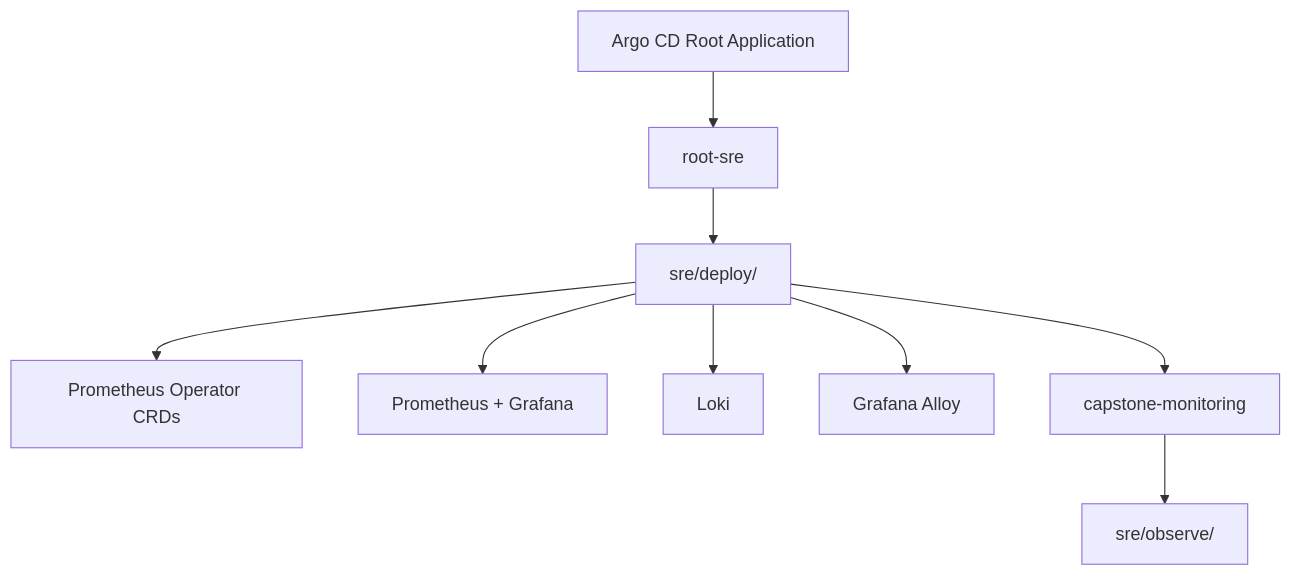
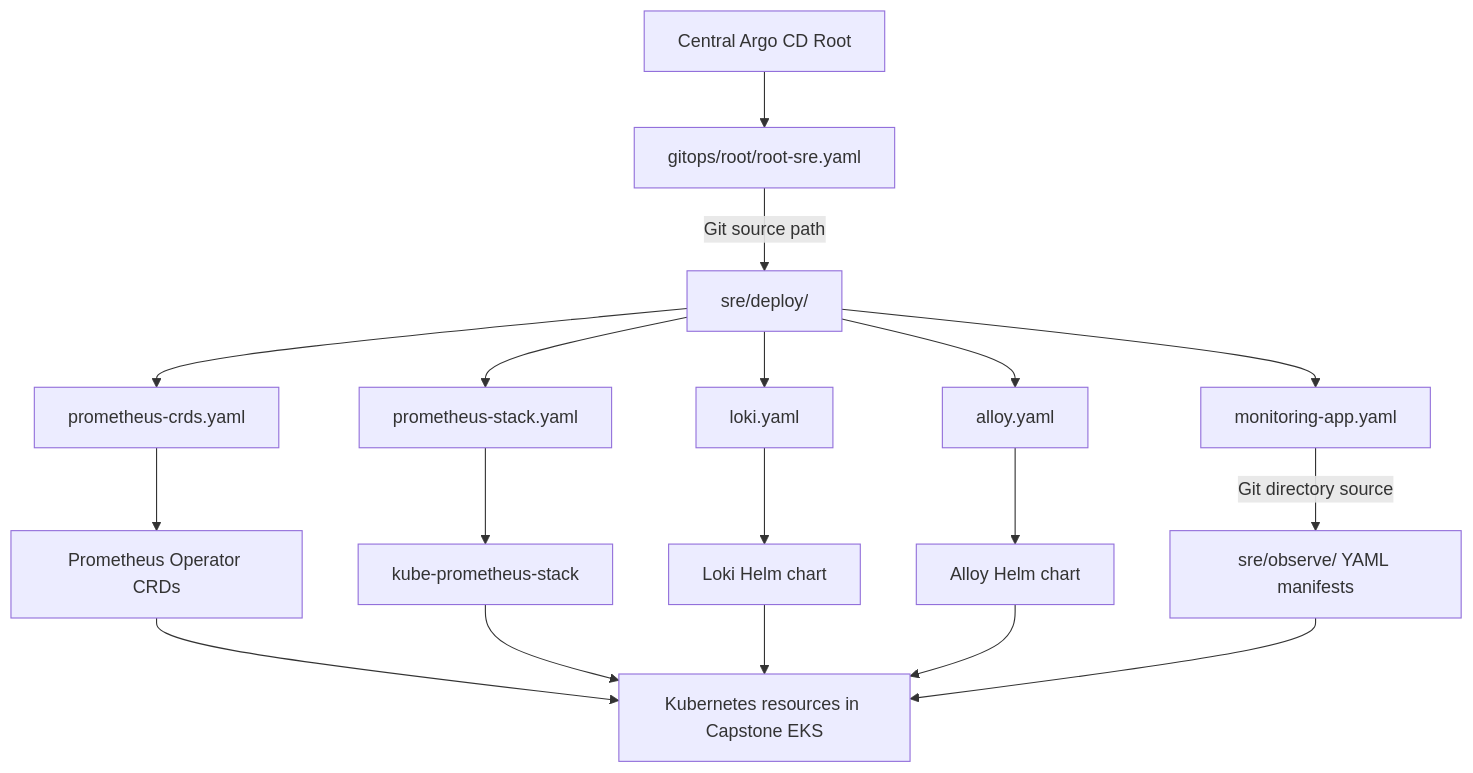
The fourth of 4 diagrams in sre/README.md (eugenewongyj/cloud-ntu-capstone-group2-infra), drawn with Mermaid before and after one commit. The commit also changed other lines of this file, not shown here.

````diff
--- a/sre/README.md
+++ b/sre/README.md
@@ -473,21 +634,42 @@
 ```mermaid
 flowchart TD
-    A["Argo CD Root Application"]
-    B["root-sre"]
-    C["sre/deploy/"]
-    D["Prometheus Operator CRDs"]
-    E["Prometheus + Grafana"]
-    F["Loki"]
-    G["Grafana Alloy"]
-    H["capstone-monitoring"]
-    I["sre/observe/"]
+    ROOT["Central Argo CD Root"]
+    RS["gitops/root/root-sre.yaml"]
+    DEP["sre/deploy/"]
 
-    A --> B
-    B --> C
-    C --> D
-    C --> E
-    C --> F
-    C --> G
-    C --> H
-    H --> I
+    CRD["prometheus-crds.yaml"]
+    PROM["prometheus-stack.yaml"]
+    LOKI["loki.yaml"]
+    ALLOY["alloy.yaml"]
+    MON["monitoring-app.yaml"]
+
+    CRDCH["Prometheus Operator CRDs"]
+    PROMCH["kube-prometheus-stack"]
+    LOKICH["Loki Helm chart"]
+    ALLOYCH["Alloy Helm chart"]
+
+    OBS["sre/observe/ YAML manifests"]
+    K8S["Kubernetes resources in Capstone EKS"]
+
+    ROOT --> RS
+    RS -->|"Git source path"| DEP
+
+    DEP --> CRD
+    DEP --> PROM
+    DEP --> LOKI
+    DEP --> ALLOY
+    DEP --> MON
+
+    CRD --> CRDCH
+    PROM --> PROMCH
+    LOKI --> LOKICH
+    ALLOY --> ALLOYCH
+
+    CRDCH --> K8S
+    PROMCH --> K8S
+    LOKICH --> K8S
+    ALLOYCH --> K8S
+
+    MON -->|"Git directory source"| OBS
+    OBS --> K8S
 ```
````
